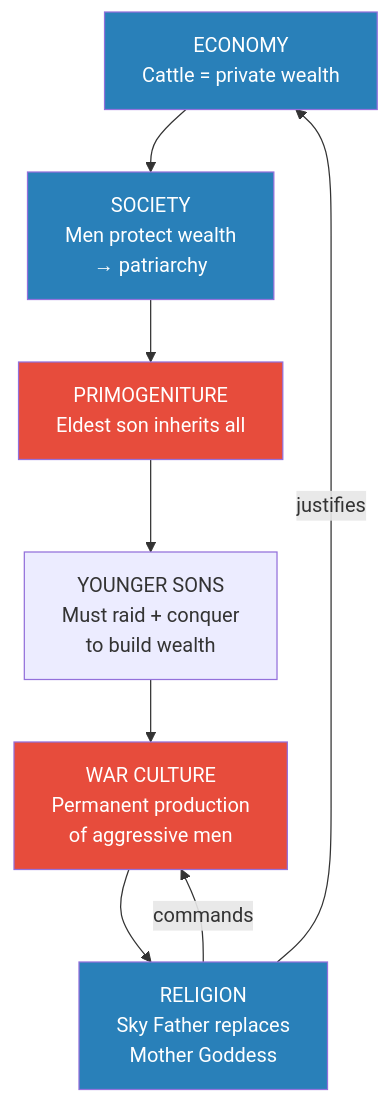
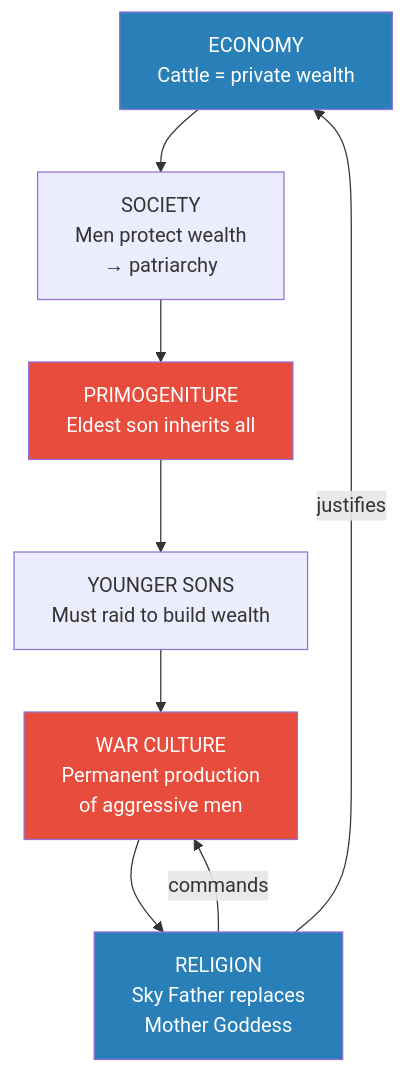
The fourth of 6 diagrams in summaries/Lectures/Civilization/05 - The Yamnaya Conquest of Europe.md (alius33/reader), drawn with Mermaid before and after one commit. The commit also changed other lines of this file and 26 other files, not shown here.

````diff
--- a/summaries/Lectures/Civilization/05 - The Yamnaya Conquest of Europe.md
+++ b/summaries/Lectures/Civilization/05 - The Yamnaya Conquest of Europe.md
@@ -273,15 +233,14 @@
 ```mermaid
 flowchart TB
     E["ECONOMY<br/>Cattle = private wealth"] --> S["SOCIETY<br/>Men protect wealth<br/>→ patriarchy"]
     S --> PR["PRIMOGENITURE<br/>Eldest son inherits all"]
-    PR --> YM["YOUNGER SONS<br/>Must raid + conquer<br/>to build wealth"]
+    PR --> YM["YOUNGER SONS<br/>Must raid to build wealth"]
     YM --> WC["WAR CULTURE<br/>Permanent production<br/>of aggressive men"]
     WC --> R["RELIGION<br/>Sky Father replaces<br/>Mother Goddess"]
     R -->|"justifies"| E
     R -->|"commands"| WC
     style E fill:#2980b9,color:#fff
-    style S fill:#2980b9,color:#fff
-    style R fill:#2980b9,color:#fff
     style WC fill:#e74c3c,color:#fff
     style PR fill:#e74c3c,color:#fff
+    style R fill:#2980b9,color:#fff
 ```
````
